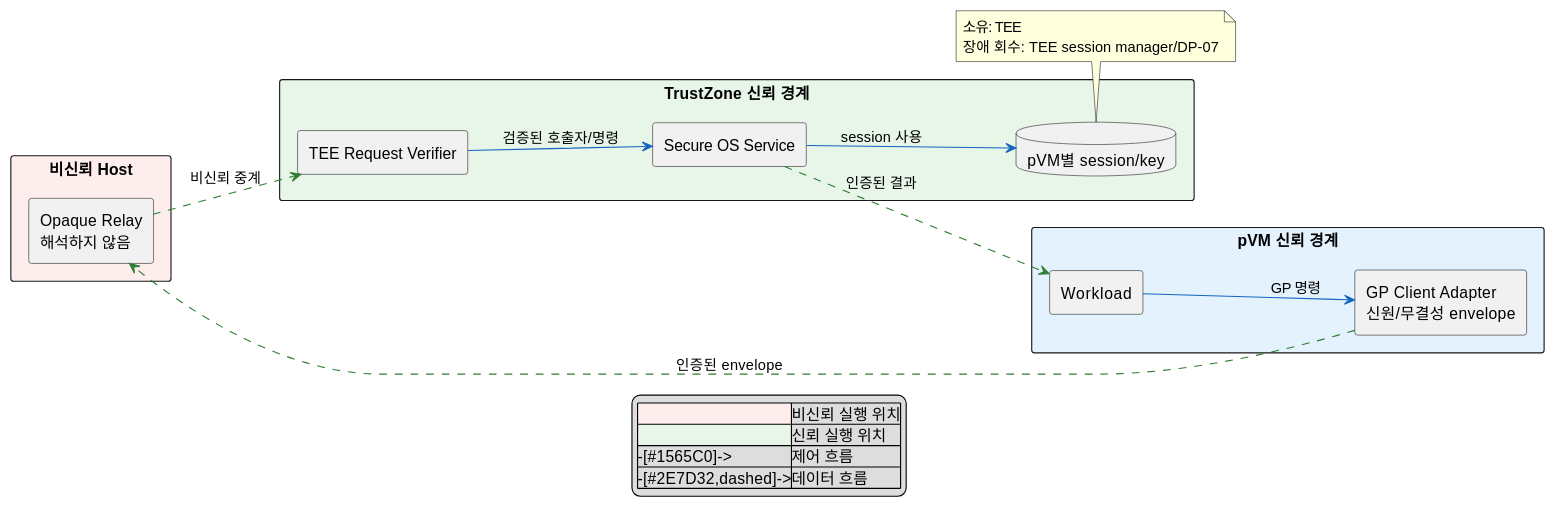
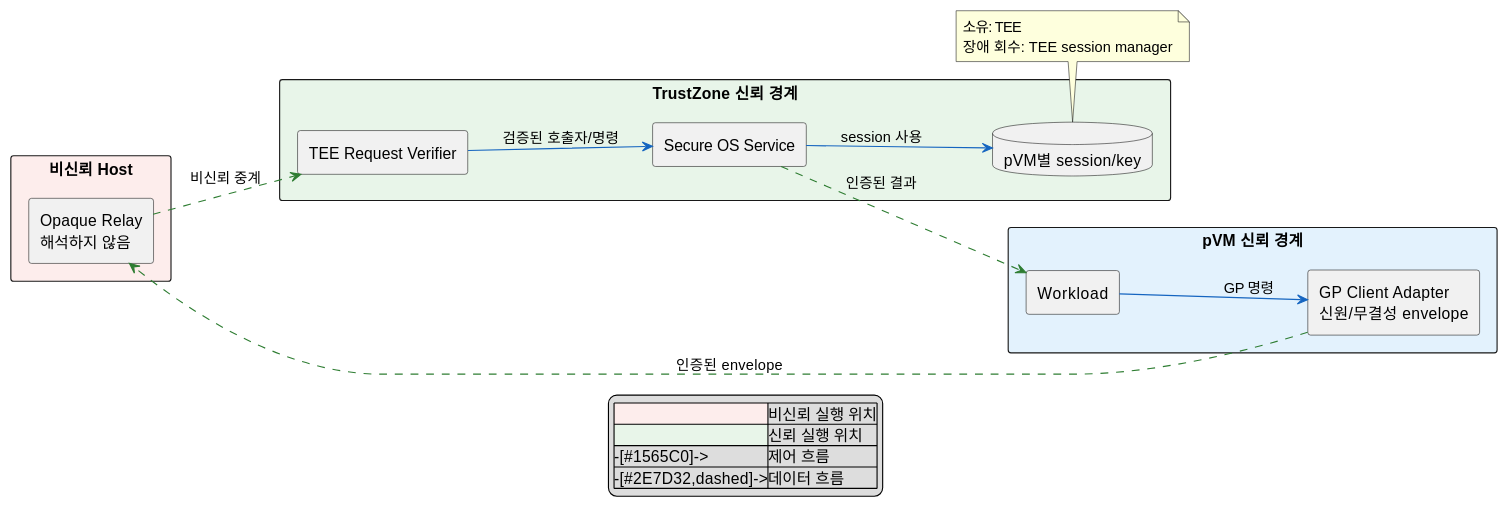
The first of 2 diagrams in docs-dp/DP-05.md (boram1288/test-p), drawn with PlantUML before and after one commit. The commit also changed other lines of this file and 9 other files, not shown here.

````diff
--- a/docs-dp/DP-05.md
+++ b/docs-dp/DP-05.md
@@ -47,35 +47,35 @@
 ```plantuml
 @startuml
 left to right direction
 skinparam componentStyle rectangle
 skinparam shadowing false
 rectangle "pVM 신뢰 경계" #E3F2FD {
   component "Workload" as Workload
   component "GP Client Adapter\n신원/무결성 envelope" as Client
 }
 rectangle "비신뢰 Host" #FDEDEC {
   component "Opaque Relay\n해석하지 않음" as Relay
 }
 rectangle "TrustZone 신뢰 경계" #E8F5E9 {
   component "TEE Request Verifier" as Verify
   component "Secure OS Service" as Service
   database "pVM별 session/key" as Session
 }
 Workload -[#1565C0]-> Client : GP 명령
 Client -[#2E7D32,dashed]-> Relay : 인증된 envelope
 Relay -[#2E7D32,dashed]-> Verify : 비신뢰 중계
 Verify -[#1565C0]-> Service : 검증된 호출자/명령
 Service -[#1565C0]-> Session : session 사용
 Service -[#2E7D32,dashed]-> Workload : 인증된 결과
 note bottom of Session
   소유: TEE
-  장애 회수: TEE session manager/DP-07
+  장애 회수: TEE session manager
 end note
 legend
   |<#FDEDEC>|비신뢰 실행 위치|
   |<#E8F5E9>|신뢰 실행 위치|
   |-[#1565C0]->|제어 흐름|
   |-[#2E7D32,dashed]->|데이터 흐름|
 endlegend
 @enduml
 ```
````
